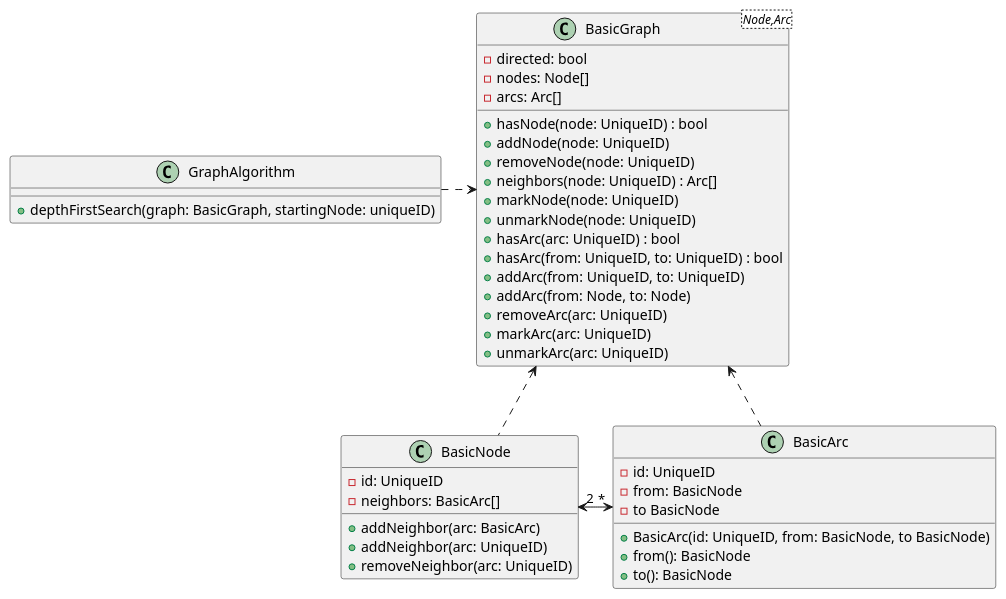
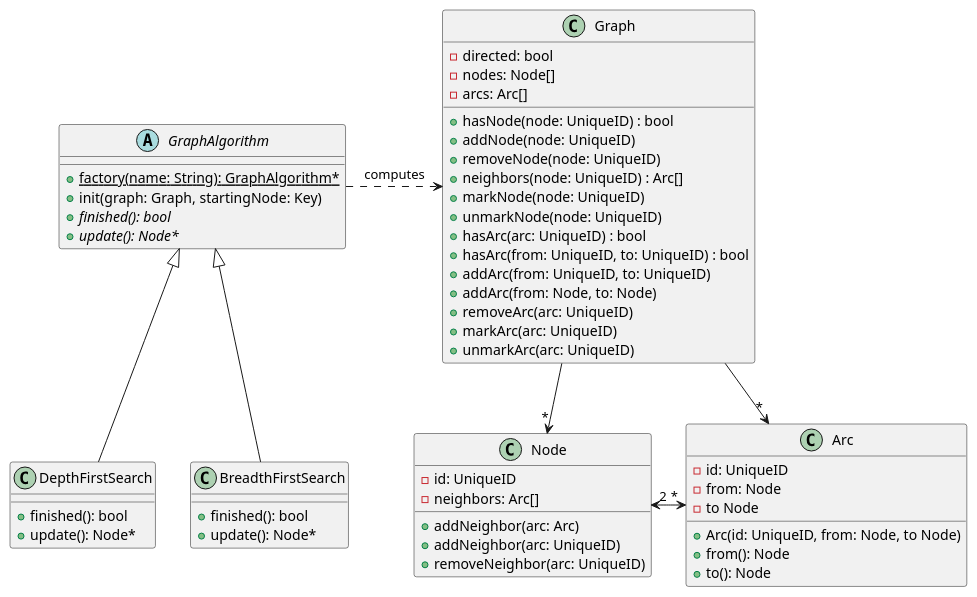
The diagram in doc/uml/graph.plantuml (Lecrapouille/SimTaDyn), drawn with PlantUML before and after one commit. The commit also changed 52 other files, not shown here.

```diff
--- a/doc/uml/graph.plantuml
+++ b/doc/uml/graph.plantuml
@@ -1,51 +1,65 @@
 @startuml
 
-class BasicNode {
+class Node {
 -id: UniqueID
--neighbors: BasicArc[]
-+addNeighbor(arc: BasicArc)
+-neighbors: Arc[]
++addNeighbor(arc: Arc)
 +addNeighbor(arc: UniqueID)
 +removeNeighbor(arc: UniqueID)
 }
 
-class BasicArc {
+class Arc {
 -id: UniqueID
--from: BasicNode
--to BasicNode
-+BasicArc(id: UniqueID, from: BasicNode, to BasicNode)
-+from(): BasicNode
-+to(): BasicNode
+-from: Node
+-to Node
++Arc(id: UniqueID, from: Node, to Node)
++from(): Node
++to(): Node
 }
 
-BasicNode "2" <-> "*" BasicArc
+Node "2" <-> "*" Arc
 
-class "BasicGraph<Node,Arc>" as BasicGraph
-class BasicGraph {
+class Graph {
 -directed: bool
 -nodes: Node[]
 -arcs: Arc[]
 +hasNode(node: UniqueID) : bool
 +addNode(node: UniqueID)
 +removeNode(node: UniqueID)
 +neighbors(node: UniqueID) : Arc[]
 +markNode(node: UniqueID)
 +unmarkNode(node: UniqueID)
 +hasArc(arc: UniqueID) : bool
 +hasArc(from: UniqueID, to: UniqueID) : bool
 +addArc(from: UniqueID, to: UniqueID)
 +addArc(from: Node, to: Node)
 +removeArc(arc: UniqueID)
 +markArc(arc: UniqueID)
 +unmarkArc(arc: UniqueID)
 }
 
-BasicGraph <.. BasicArc
-BasicGraph <.. BasicNode
+Graph --> "*" Arc
+Graph --> "*" Node
 
-class GraphAlgorithm {
-+depthFirstSearch(graph: BasicGraph, startingNode: uniqueID)
+abstract class GraphAlgorithm {
++{static} factory(name: String): GraphAlgorithm*
++init(graph: Graph, startingNode: Key)
++{abstract} finished(): bool
++{abstract} update(): Node*
 }
 
-GraphAlgorithm .> BasicGraph
+class DepthFirstSearch {
++finished(): bool
++update(): Node*
+}
+
+class BreadthFirstSearch {
++finished(): bool
++update(): Node*
+}
+
+GraphAlgorithm .> Graph : computes
+GraphAlgorithm <|-- DepthFirstSearch
+GraphAlgorithm <|-- BreadthFirstSearch
 
 @enduml
```
